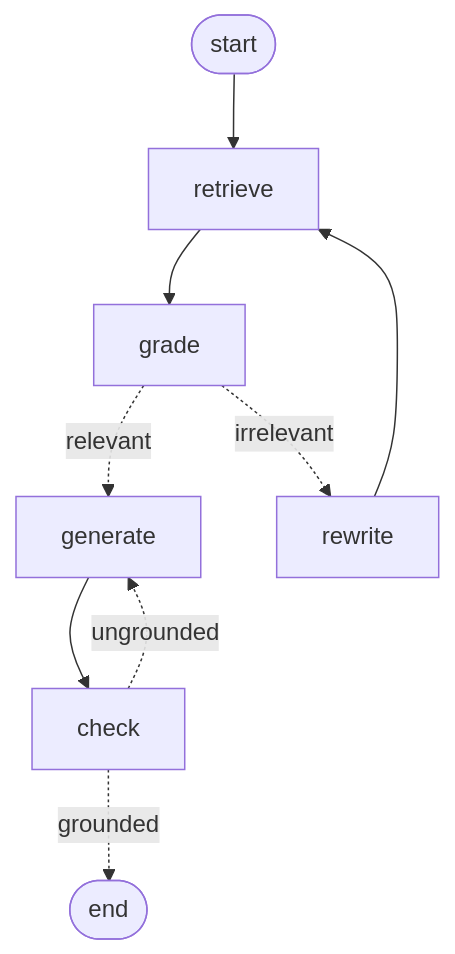
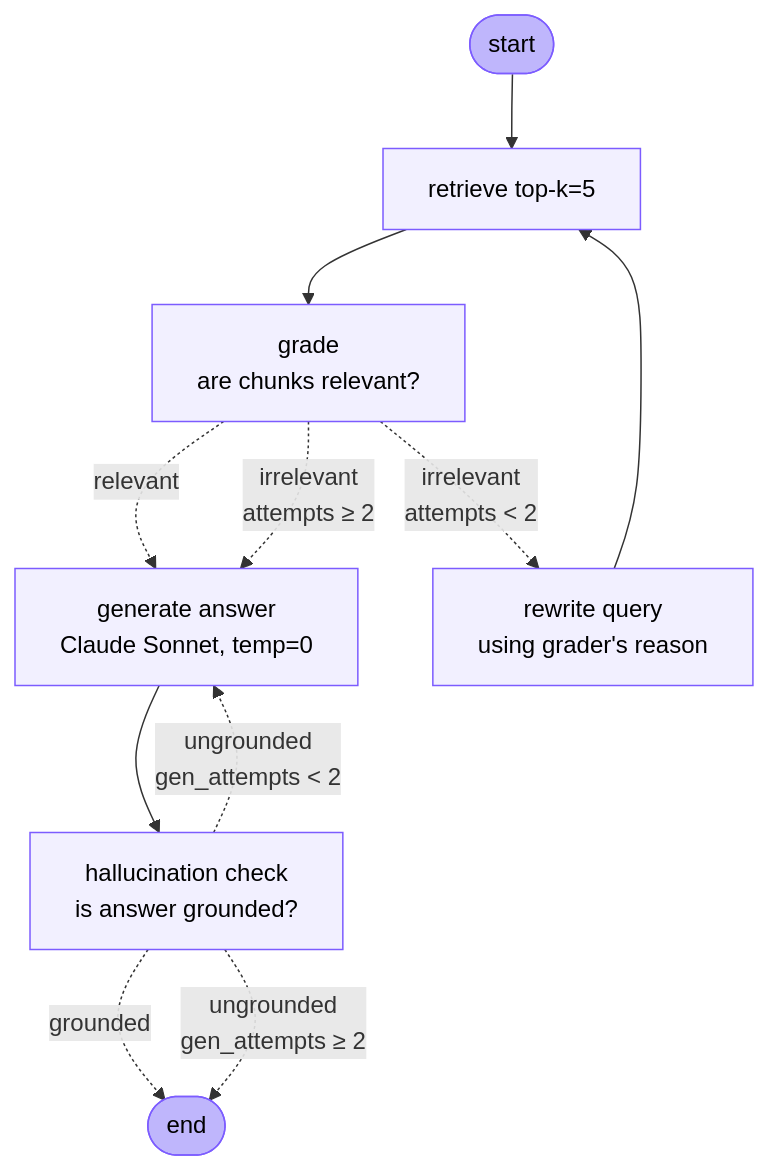
The diagram in README.md (shanthangajula/SoccerTactics_RAG), drawn with Mermaid before and after one commit. The commit also changed other lines of this file, not shown here.

````diff
--- a/README.md
+++ b/README.md
@@ -55,11 +47,18 @@
 ```mermaid
-graph TD;
-    __start__([start]) --> retrieve
-    retrieve --> grade
-    grade -.->|relevant| generate
-    grade -.->|irrelevant| rewrite
+graph TD
+    start([start]) --> retrieve[retrieve top-k=5]
+    retrieve --> grade[grade<br/>are chunks relevant?]
+    grade -.->|relevant| generate[generate answer<br/>Claude Sonnet, temp=0]
+    grade -.->|irrelevant<br/>attempts &lt; 2| rewrite[rewrite query<br/>using grader's reason]
     rewrite --> retrieve
-    generate --> check
-    check -.->|grounded| __end__([end])
-    check -.->|ungrounded| generate
+    grade -.->|irrelevant<br/>attempts ≥ 2| generate
+    generate --> check[hallucination check<br/>is answer grounded?]
+    check -.->|grounded| done([end])
+    check -.->|ungrounded<br/>gen_attempts &lt; 2| generate
+    check -.->|ungrounded<br/>gen_attempts ≥ 2| done
+
+    classDef nodeClass fill:#f2f0ff,stroke:#7c5cff,color:#000
+    classDef terminalClass fill:#bfb6fc,stroke:#7c5cff,color:#000
+    class retrieve,grade,rewrite,generate,check nodeClass
+    class start,done terminalClass
 ```
````
